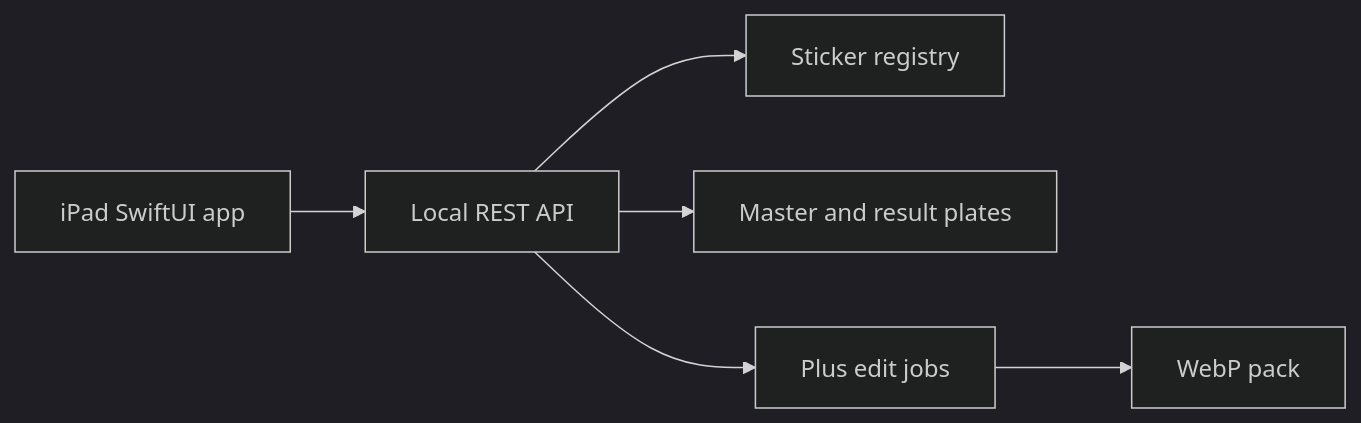
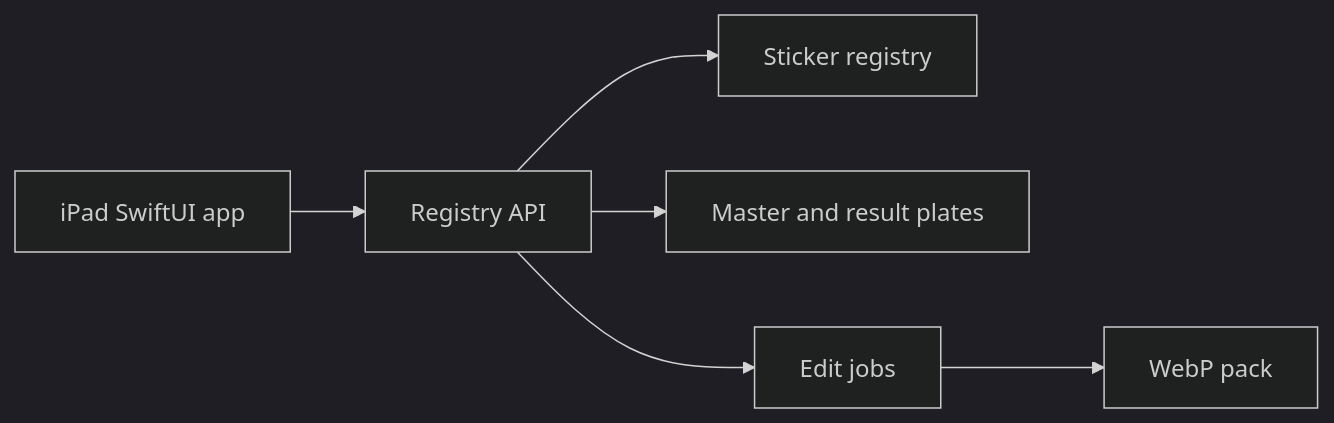
Before and after one commit to binartist/about-me: the diagram in src/en/products/sketch_forge.md, drawn with Mermaid (dark theme). The commit also changed other lines of this file and 10 other files, not shown here.

````diff
--- a/src/en/products/sketch_forge.md
+++ b/src/en/products/sketch_forge.md
@@ -24,8 +16,8 @@
 ```mermaid
 flowchart LR
-  iPad[iPad SwiftUI app] --> API[Local REST API]
-  API --> Registry[Sticker registry]
+  iPad[iPad SwiftUI app] --> API[Registry API]
+  API --> Store[Sticker registry]
   API --> Plates[Master and result plates]
-  API --> Jobs[Plus edit jobs]
-  Jobs --> Publish[WebP pack]
+  API --> Jobs[Edit jobs]
+  Jobs --> Pack[WebP pack]
 ```
````
